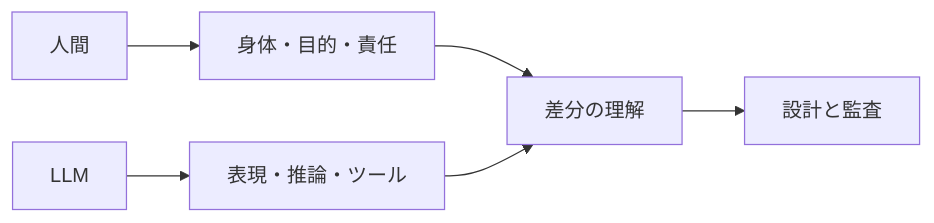
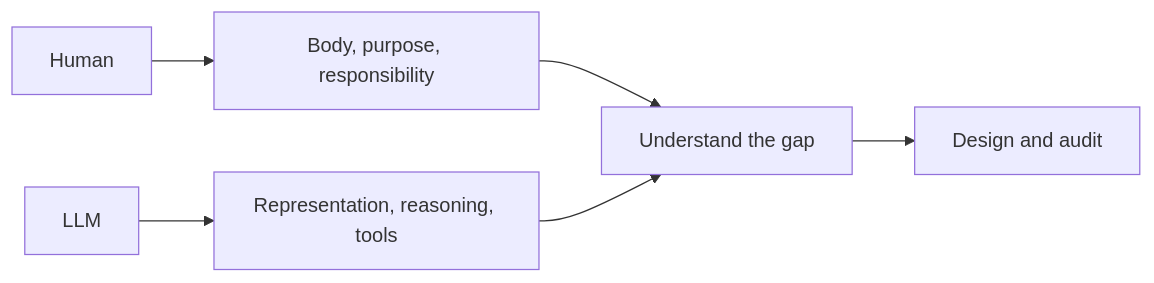
Before and after one commit to daylight55/research: the fourth of 13 diagrams in content/blog/en/ai-llm-ontology-memory.mdx, drawn with Mermaid. The commit also changed other lines of this file and 26 other files, not shown here.

Commit message:
Translate English Mermaid labels

````diff
--- a/content/blog/en/ai-llm-ontology-memory.mdx
+++ b/content/blog/en/ai-llm-ontology-memory.mdx
@@ -123,8 +123,8 @@
 ```mermaid
 flowchart LR
-  H["人間"] --> HC["身体・目的・責任"]
-  L["LLM"] --> LC["表現・推論・ツール"]
-  HC --> G["差分の理解"]
+  H["Human"] --> HC["Body, purpose, responsibility"]
+  L["LLM"] --> LC["Representation, reasoning, tools"]
+  HC --> G["Understand the gap"]
   LC --> G
-  G --> D["設計と監査"]
+  G --> D["Design and audit"]
 ```
````
